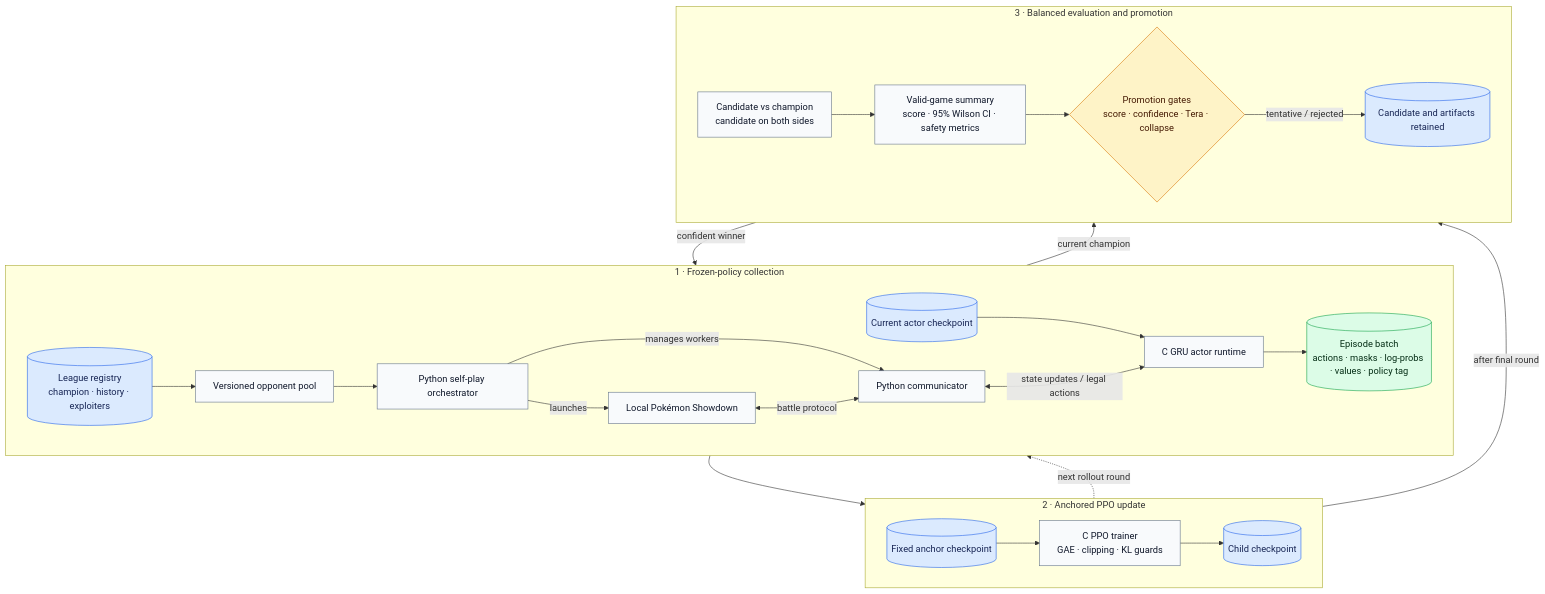
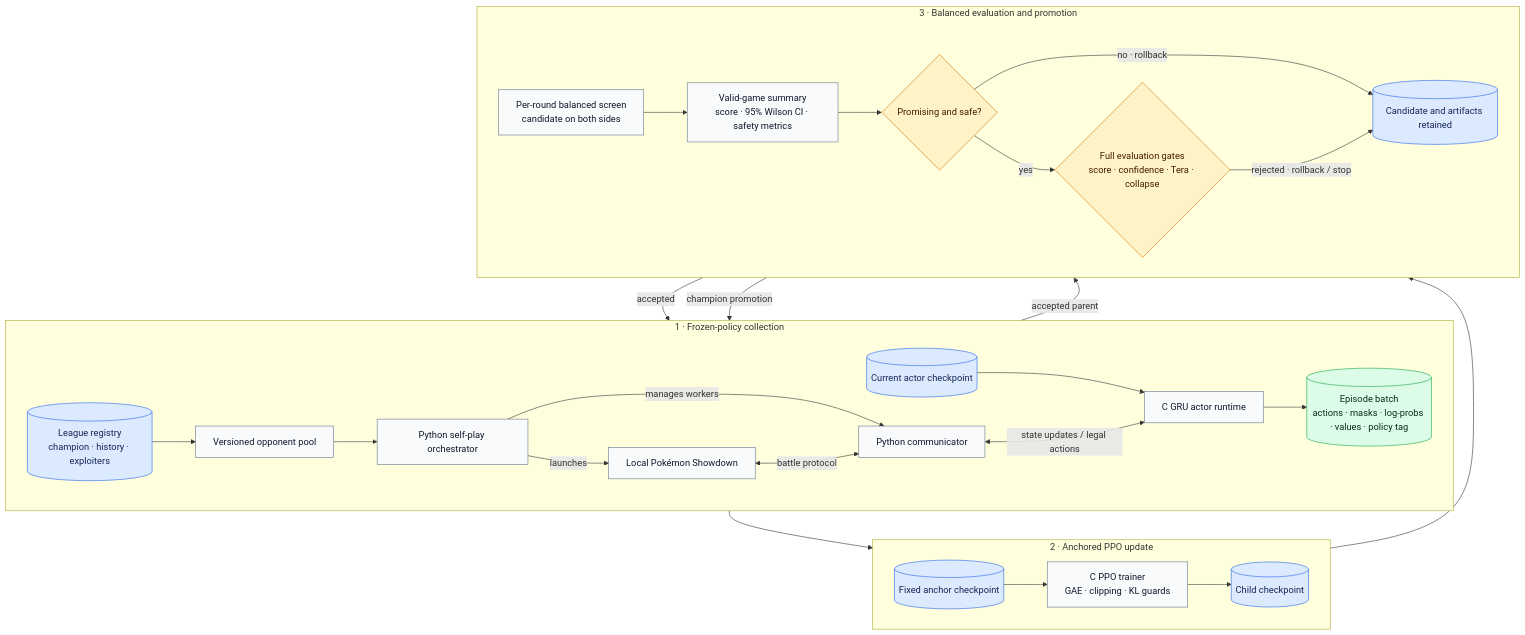
The diagram in README.md (CouchPugtato/Project-Porygon), drawn with Mermaid before and after one commit. The commit also changed 7 other files, not shown here.

````diff
--- a/README.md
+++ b/README.md
@@ -23,42 +23,43 @@
 ```mermaid
 flowchart TB
     subgraph COLLECTION["1 · Frozen-policy collection"]
         direction LR
         LEAGUE[("League registry<br/>champion · history · exploiters")] --> POOL["Versioned opponent pool"]
         ACTOR[("Current actor checkpoint")] --> RUNTIME["C GRU actor runtime"]
         POOL --> ORCHESTRATOR["Python self-play orchestrator"]
         ORCHESTRATOR -->|"launches"| SHOWDOWN["Local Pokémon Showdown"]
         ORCHESTRATOR -->|"manages workers"| GATEWAY
         SHOWDOWN <-->|"battle protocol"| GATEWAY["Python communicator"]
         GATEWAY <-->|"state updates / legal actions"| RUNTIME
         RUNTIME --> EPISODES[("Episode batch<br/>actions · masks · log-probs · values · policy tag")]
     end
 
     subgraph UPDATE["2 · Anchored PPO update"]
         direction LR
         EPISODES --> TRAINER["C PPO trainer<br/>GAE · clipping · KL guards"]
         ANCHOR[("Fixed anchor checkpoint")] --> TRAINER
         TRAINER --> CANDIDATE[("Child checkpoint")]
     end
 
-    CANDIDATE -.->|"next rollout round"| ACTOR
-
     subgraph EVALUATION["3 · Balanced evaluation and promotion"]
         direction LR
-        CANDIDATE -->|"after final round"| EVAL["Candidate vs champion<br/>candidate on both sides"]
-        LEAGUE -->|"current champion"| EVAL
+        CANDIDATE --> EVAL["Per-round balanced screen<br/>candidate on both sides"]
+        ACTOR -->|"accepted parent"| EVAL
         EVAL --> SUMMARY["Valid-game summary<br/>score · 95% Wilson CI · safety metrics"]
-        SUMMARY --> GATES{"Promotion gates<br/>score · confidence · Tera · collapse"}
-        GATES -->|"confident winner"| LEAGUE
-        GATES -->|"tentative / rejected"| ARCHIVE[("Candidate and artifacts retained")]
+        SUMMARY --> EXPAND{"Promising and safe?"}
+        EXPAND -->|"yes"| GATES{"Full evaluation gates<br/>score · confidence · Tera · collapse"}
+        EXPAND -->|"no · rollback"| ARCHIVE[("Candidate and artifacts retained")]
+        GATES -->|"accepted"| ACTOR
+        GATES -->|"champion promotion"| LEAGUE
+        GATES -->|"rejected · rollback / stop"| ARCHIVE
     end
 
     classDef checkpoint fill:#dbeafe,stroke:#2563eb,color:#172554
     classDef data fill:#dcfce7,stroke:#16a34a,color:#052e16
     classDef process fill:#f8fafc,stroke:#64748b,color:#0f172a
     classDef decision fill:#fef3c7,stroke:#d97706,color:#451a03
     class ACTOR,ANCHOR,CANDIDATE,LEAGUE,ARCHIVE checkpoint
     class EPISODES data
     class POOL,ORCHESTRATOR,SHOWDOWN,GATEWAY,RUNTIME,TRAINER,EVAL,SUMMARY process
-    class GATES decision
+    class EXPAND,GATES decision
 ```
````
